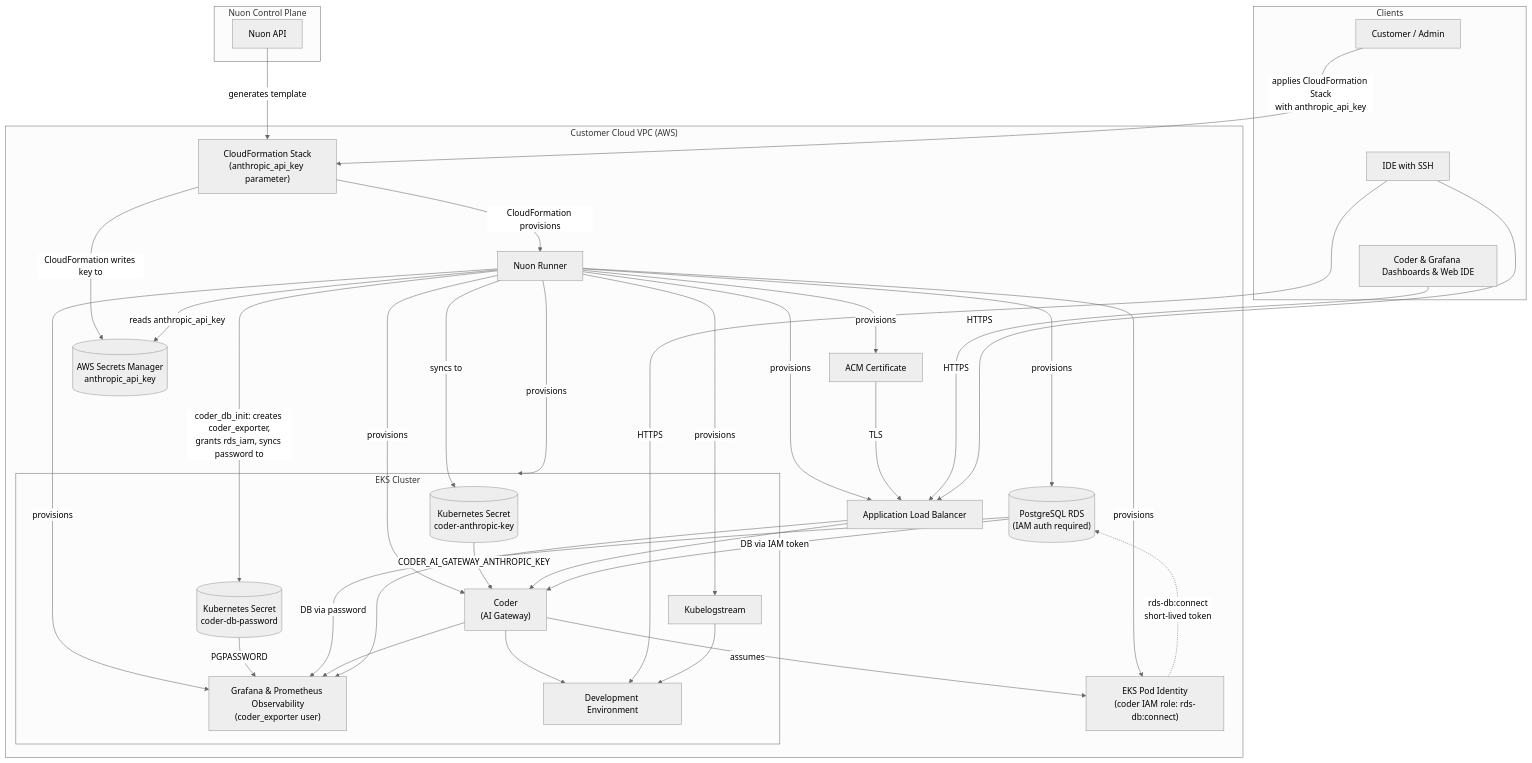
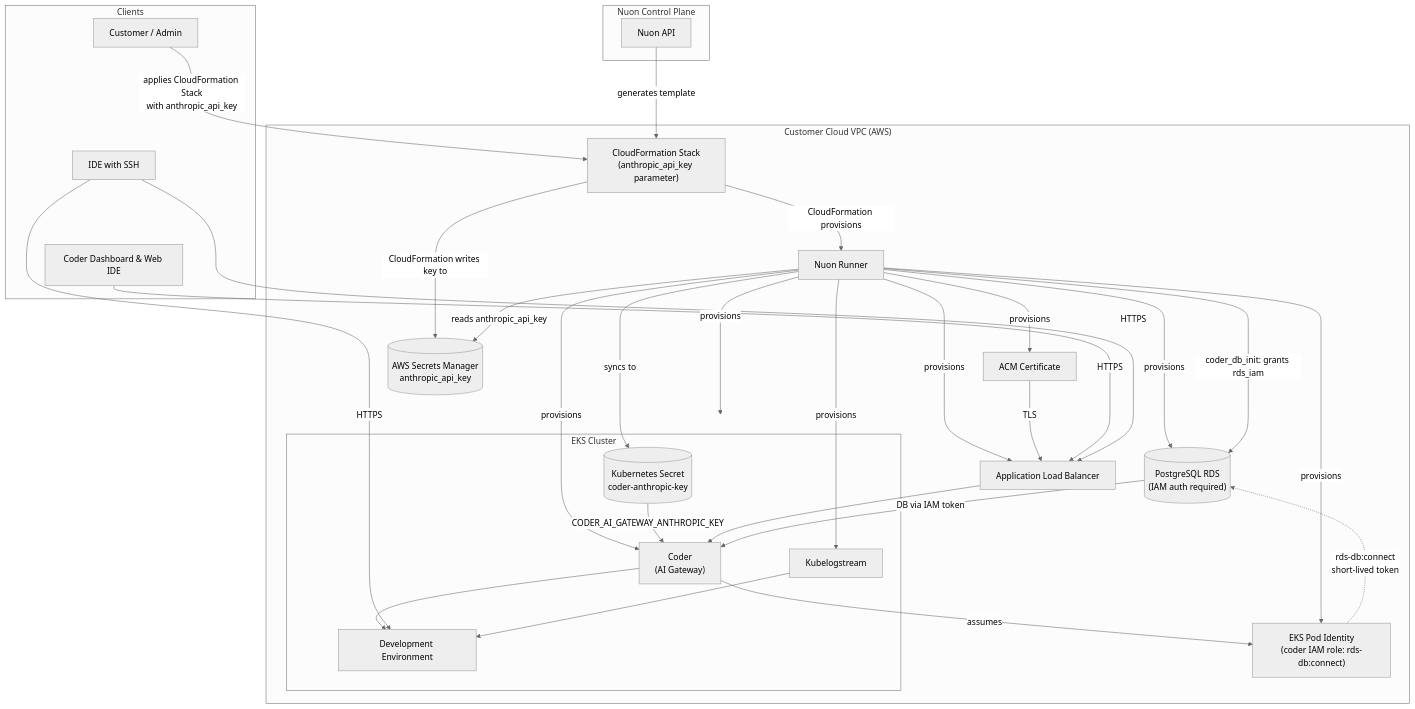
Before and after one commit to nuonco/example-app-configs: the diagram in coder/README.md, drawn with Mermaid (neutral theme). The commit also changed other lines of this file and 90 other files, not shown here.

First line of the commit message:
Remove observability stack from the Coder app config.

````diff
--- a/coder/README.md
+++ b/coder/README.md
@@ -199,67 +183,60 @@
 ```mermaid
 
   graph TD
 
       subgraph Nuon["Nuon Control Plane"]
           NuonAPI["Nuon API"]
       end
 
       subgraph Clients["Clients"]
           Customer["Customer / Admin"]
           IDE["IDE with SSH"]
-          Dashboard["Coder & Grafana Dashboards & Web IDE"]
+          Dashboard["Coder Dashboard & Web IDE"]
           Customer ~~~ IDE ~~~ Dashboard
       end
 
       subgraph VPC["Customer Cloud VPC (AWS)"]
           Runner["Nuon Runner"]
           RDS[("PostgreSQL RDS<br/>(IAM auth required)")]
           PodIdentity["EKS Pod Identity<br/>(coder IAM role: rds-db:connect)"]
           ACM["ACM Certificate"]
           ALB["Application Load Balancer"]
           Stack["CloudFormation Stack<br/>(anthropic_api_key parameter)"]
           SM[("AWS Secrets Manager<br/>anthropic_api_key")]
 
           subgraph EKS["EKS Cluster"]
               K8sSecret[("Kubernetes Secret<br/>coder-anthropic-key")]
-              ExporterSecret[("Kubernetes Secret<br/>coder-db-password")]
               Coder["Coder<br/>(AI Gateway)"]
               Logstream["Kubelogstream"]
-              Observability["Grafana & Prometheus Observability<br/>(coder_exporter user)"]
               DevEnv["Development Environment"]
           end
       end
 
       NuonAPI -->|generates template| Stack
       Customer -->|applies CloudFormation Stack<br/>with anthropic_api_key| Stack
       Stack -->|CloudFormation provisions| Runner
       Stack -->|CloudFormation writes key to| SM
       Runner -->|provisions| EKS
       Runner -->|provisions| RDS
       Runner -->|provisions| PodIdentity
       Runner -->|provisions| ACM
       Runner -->|provisions| ALB
       Runner -->|provisions| Coder
       Runner -->|provisions| Logstream
-      Runner -->|provisions| Observability
       Runner -->|reads anthropic_api_key| SM
       Runner -->|syncs to| K8sSecret
-      Runner -->|coder_db_init: creates coder_exporter,<br/>grants rds_iam, syncs password to| ExporterSecret
+      Runner -->|coder_db_init: grants rds_iam| RDS
       K8sSecret -->|CODER_AI_GATEWAY_ANTHROPIC_KEY| Coder
-      ExporterSecret -->|PGPASSWORD| Observability
 
       ACM -->|TLS| ALB
       ALB --> Coder
       Coder -->|assumes| PodIdentity
       PodIdentity -.->|rds-db:connect<br/>short-lived token| RDS
       RDS -->|DB via IAM token| Coder
-      RDS -->|DB via password| Observability
-      Coder --> Observability
-      ALB --> Observability
       Dashboard -->|HTTPS| ALB
       Coder --> DevEnv
       IDE -->|HTTPS| DevEnv
       IDE -->|HTTPS| ALB
       Logstream --> DevEnv
 
 ```
````
